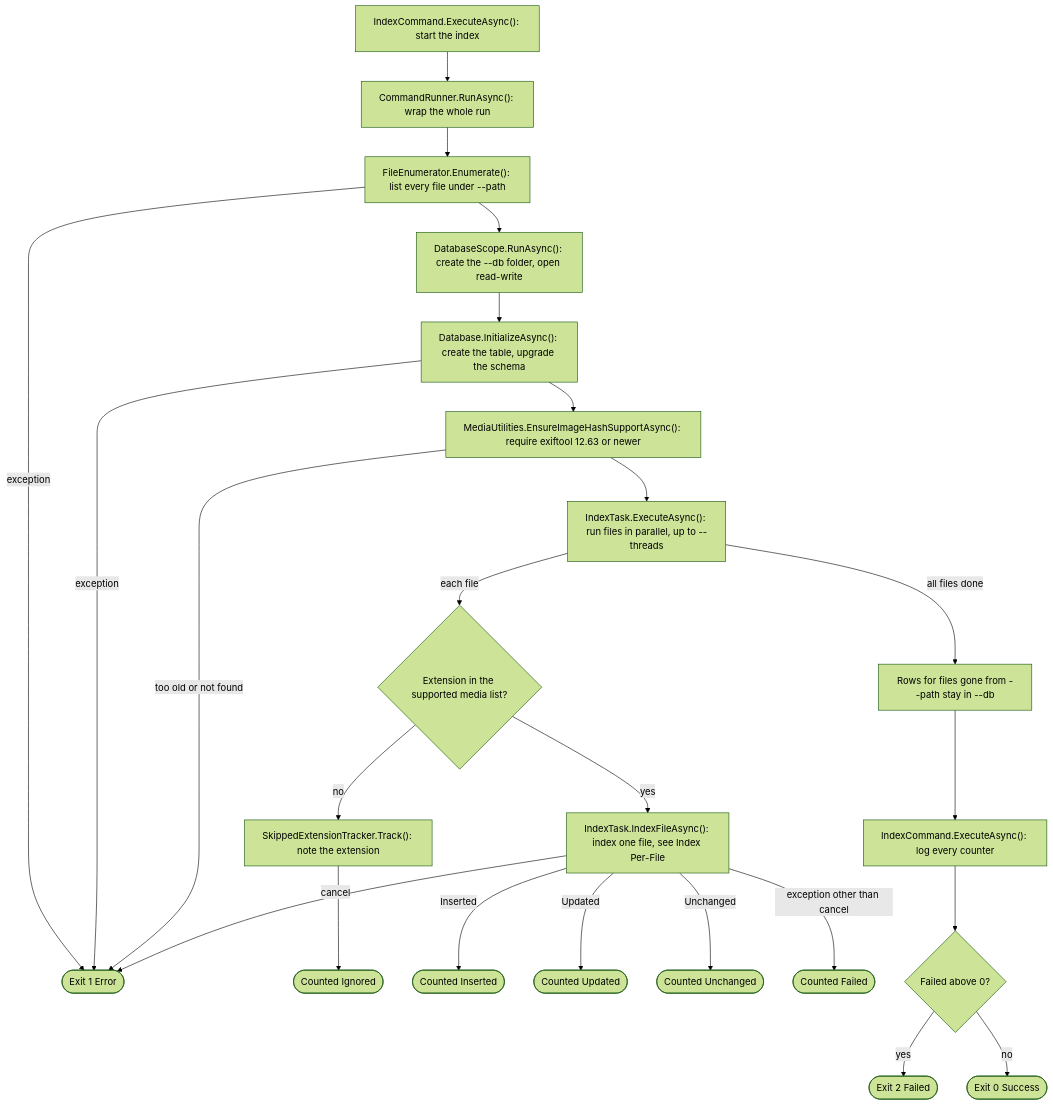
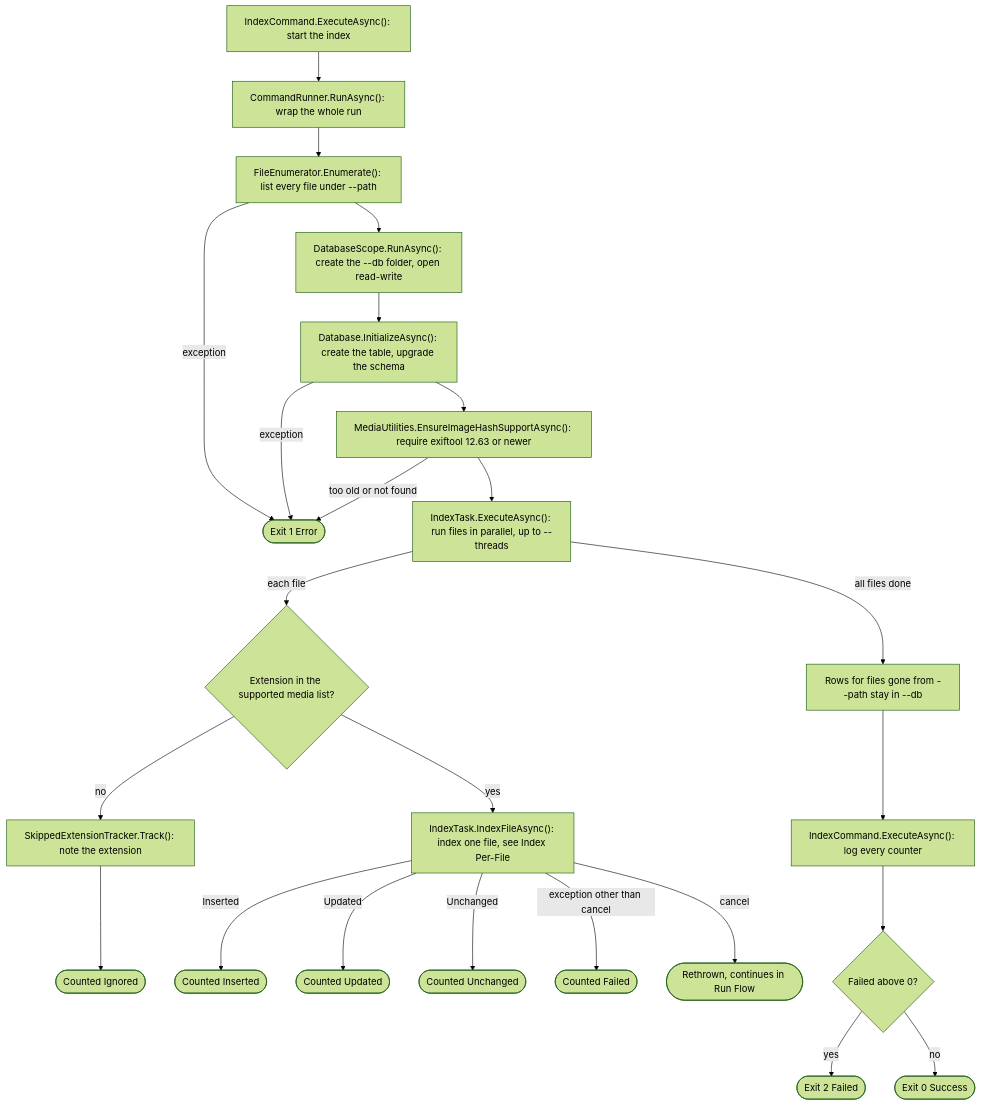
One commit to ptr727/PhotoCleaner changed diagram 14 of 23 in ARCHITECTURE.md. Above: the diagram before and after it, drawn with Mermaid (forest theme). The commit also changed other lines of this file and 6 other files, not shown here.

````diff
--- a/ARCHITECTURE.md
+++ b/ARCHITECTURE.md
@@ -823,27 +830,27 @@
 ```mermaid
 flowchart TD
   start["IndexCommand.ExecuteAsync(): start the index"] --> runner["CommandRunner.RunAsync(): wrap the whole run"]
   runner --> enum["FileEnumerator.Enumerate(): list every file under --path"]
   enum -->|"exception"| exitError(["Exit 1 Error"])
   enum --> open["DatabaseScope.RunAsync(): create the --db folder, open read-write"]
   open --> init["Database.InitializeAsync(): create the table, upgrade the schema"]
   init --> ver["MediaUtilities.EnsureImageHashSupportAsync(): require exiftool 12.63 or newer"]
   init -->|"exception"| exitError
   ver -->|"too old or not found"| exitError
   ver --> exec["IndexTask.ExecuteAsync(): run files in parallel, up to --threads"]
   exec -->|"each file"| extQ{"Extension in the supported media list?"}
   extQ -->|"no"| track["SkippedExtensionTracker.Track(): note the extension"]
   track --> ignored(["Counted Ignored"])
   extQ -->|"yes"| file["IndexTask.IndexFileAsync(): index one file, see Index Per-File"]
   file -->|"Inserted"| inserted(["Counted Inserted"])
   file -->|"Updated"| updated(["Counted Updated"])
   file -->|"Unchanged"| unchanged(["Counted Unchanged"])
   file -->|"exception other than cancel"| failed(["Counted Failed"])
-  file -->|"cancel"| exitError
+  file -->|"cancel"| cancelled(["Rethrown, continues in Run Flow"])
   exec -->|"all files done"| stale["Rows for files gone from --path stay in --db"]
   stale --> summary["IndexCommand.ExecuteAsync(): log every counter"]
   summary --> exitQ{"Failed above 0?"}
   exitQ -->|"yes"| exitFailed(["Exit 2 Failed"])
   exitQ -->|"no"| exitSuccess(["Exit 0 Success"])
   classDef suspect stroke:#c00,stroke-width:2px,stroke-dasharray:5 3
 ```
````
